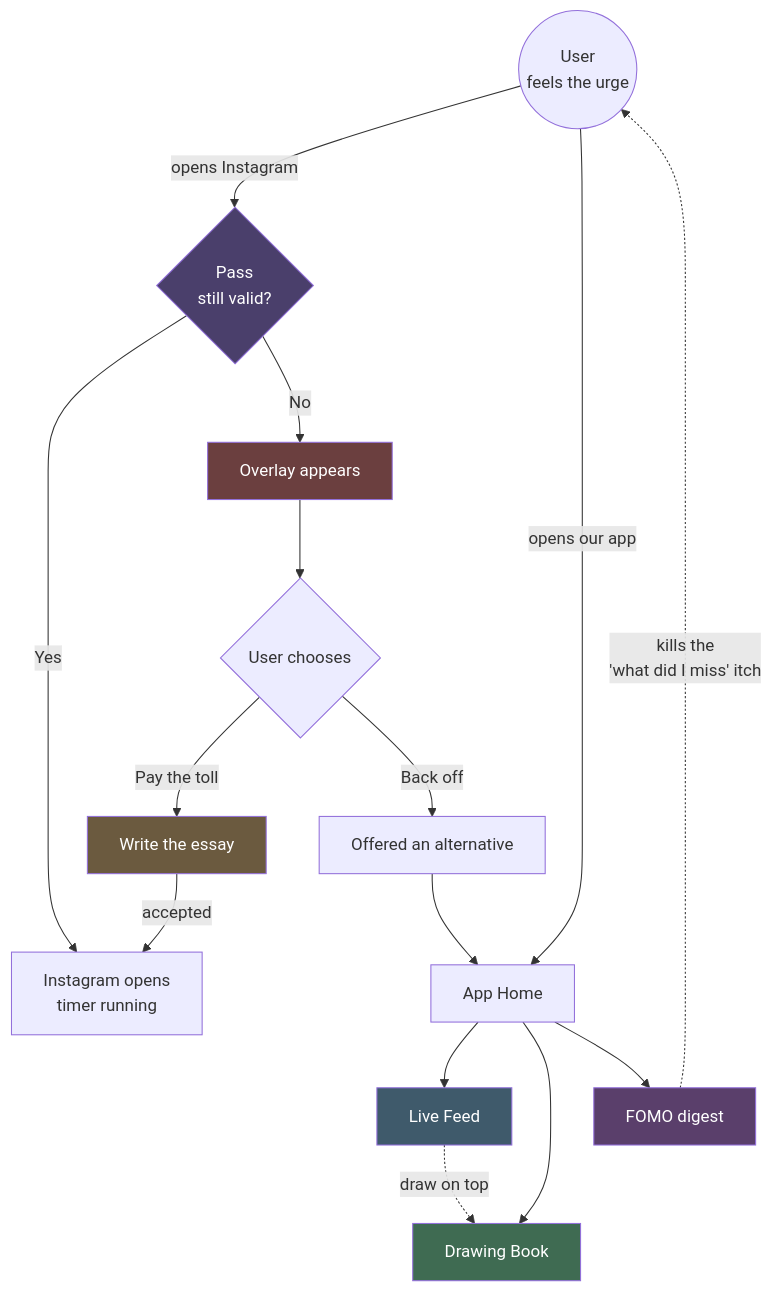
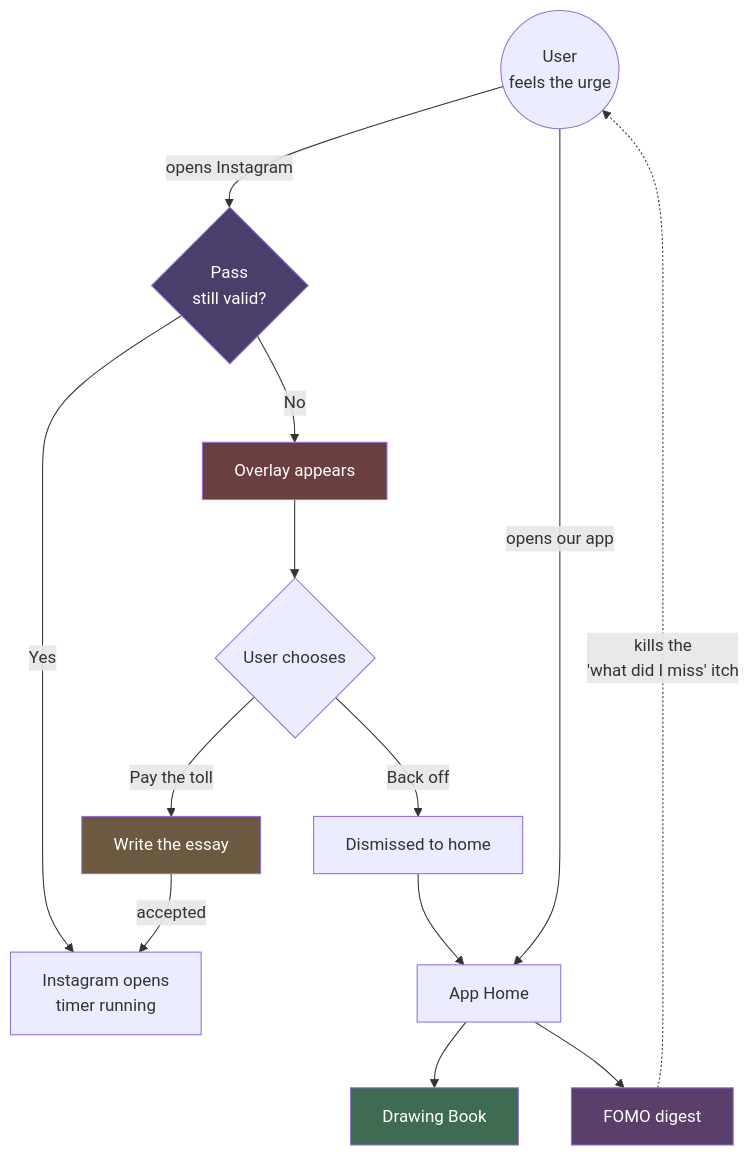
The first of 6 diagrams in context/app_plan.md (Kavana917/TouchGrass), drawn with Mermaid before and after one commit. The commit also changed other lines of this file and 33 other files, not shown here.

````diff
--- a/context/app_plan.md
+++ b/context/app_plan.md
@@ -53,31 +52,28 @@
 ```mermaid
 flowchart TB
     U(("User<br/>feels the urge"))
 
     U -->|"opens Instagram"| GATE{"Pass<br/>still valid?"}
     U -->|"opens our app"| HOME["App Home"]
 
     GATE -->|Yes| IG["Instagram opens<br/>timer running"]
     GATE -->|No| BLOCK["Overlay appears"]
 
     BLOCK --> CHOICE{"User chooses"}
     CHOICE -->|"Pay the toll"| ESSAY["Write the essay"]
-    CHOICE -->|"Back off"| OFFER["Offered an alternative"]
+    CHOICE -->|"Back off"| OFFER["Dismissed to home"]
 
     ESSAY -->|accepted| IG
 
     OFFER --> HOME
-    HOME --> LIVE["Live Feed"]
     HOME --> DRAW["Drawing Book"]
     HOME --> FOMO["FOMO digest"]
 
-    LIVE -.->|"draw on top"| DRAW
     FOMO -.->|"kills the<br/>'what did I miss' itch"| U
 
     style GATE fill:#4a3f6b,color:#fff
     style BLOCK fill:#6b3f3f,color:#fff
     style ESSAY fill:#6b5a3f,color:#fff
-    style LIVE fill:#3f5a6b,color:#fff
     style DRAW fill:#3f6b52,color:#fff
     style FOMO fill:#5a3f6b,color:#fff
 ```
````
